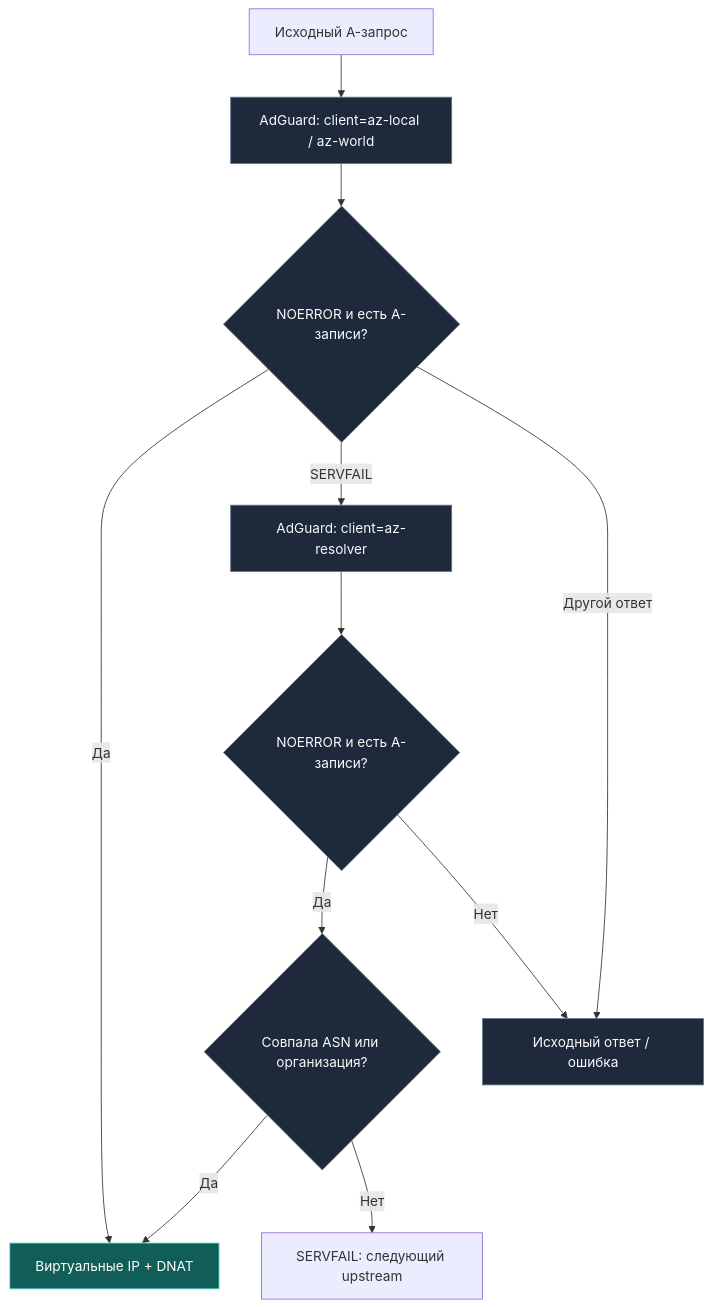
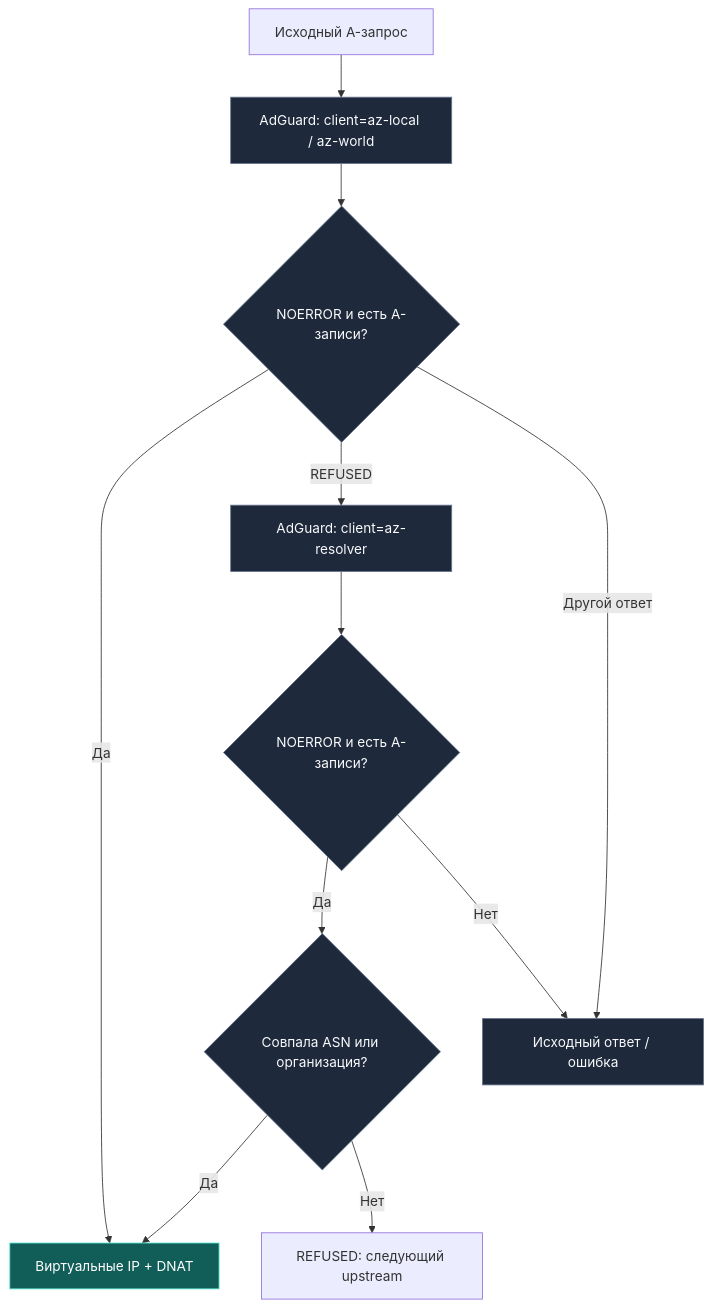
Before and after one commit to xtrime-ru/antizapret-vpn-docker: the third of 3 diagrams in README_RU.md, drawn with Mermaid. The commit also changed other lines of this file and 14 other files, not shown here.

````diff
--- a/README_RU.md
+++ b/README_RU.md
@@ -833,18 +835,18 @@
 ```mermaid
 flowchart TB
     q["Исходный A-запрос"] --> first["AdGuard: client=az-local / az-world"]
     first --> has{"NOERROR и есть A-записи?"}
     has -->|Да| mapped["Виртуальные IP + DNAT"]
-    has -->|SERVFAIL| direct["AdGuard: client=az-resolver"]
+    has -->|REFUSED| direct["AdGuard: client=az-resolver"]
     has -->|Другой ответ| err["Исходный ответ / ошибка"]
     direct --> res{"NOERROR и есть A-записи?"}
     res -->|Да| asn{"Совпала ASN или организация?"}
     res -->|Нет| err
     asn -->|Да| mapped
-    asn -->|Нет| fail["SERVFAIL: следующий upstream"]
+    asn -->|Нет| fail["REFUSED: следующий upstream"]
     classDef service fill:#1e293b,stroke:#64748b,color:#f8fafc
     classDef exit fill:#312e81,stroke:#a5b4fc,color:#ffffff
     classDef mapped fill:#115e59,stroke:#5eead4,color:#ffffff
     class first,direct,err,has,res,asn service
     class mapped mapped
 ```
````
